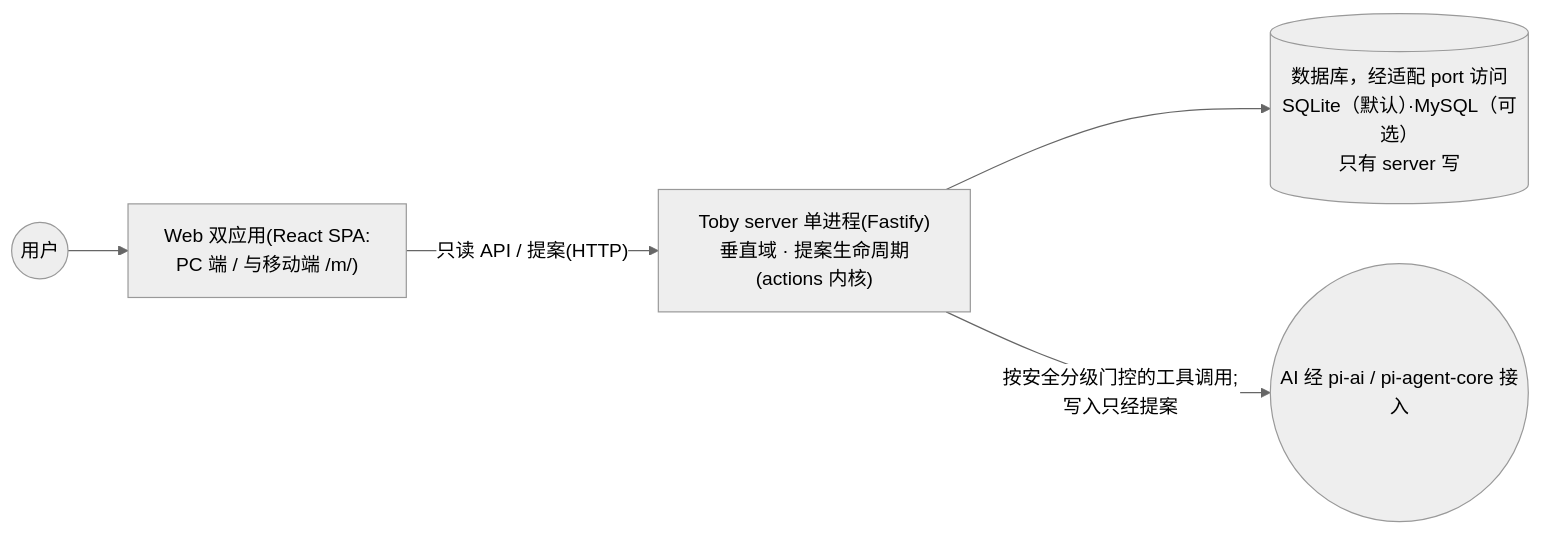
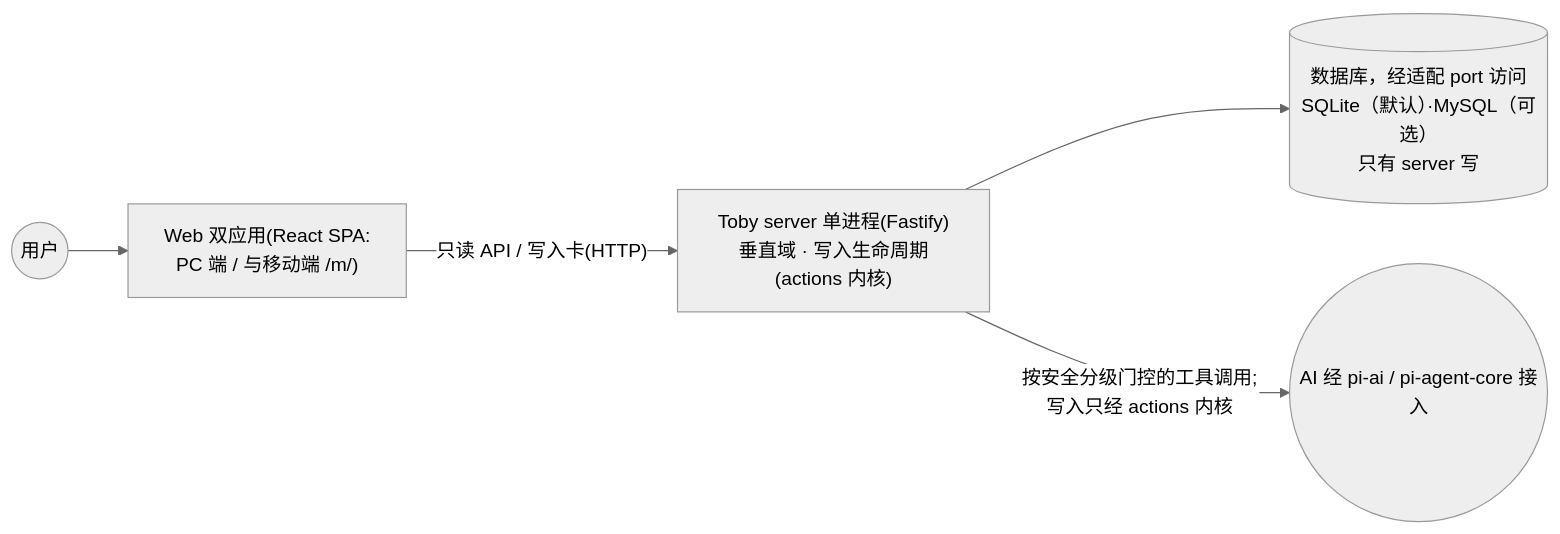
One commit to dengyusys/toby changed the first of 3 diagrams in docs/system-overview.zh.md. Above: the diagram before and after it, drawn with Mermaid (neutral theme). The commit also changed other lines of this file and 21 other files, not shown here.

````diff
--- a/docs/system-overview.zh.md
+++ b/docs/system-overview.zh.md
@@ -23,7 +23,7 @@
 ```mermaid
 flowchart LR
     U(("用户")) --> W["Web 双应用(React SPA:<br/>PC 端 / 与移动端 /m/)"]
-    W -->|"只读 API / 提案(HTTP)"| S["Toby server 单进程(Fastify)<br/>垂直域 · 提案生命周期(actions 内核)"]
+    W -->|"只读 API / 写入卡(HTTP)"| S["Toby server 单进程(Fastify)<br/>垂直域 · 写入生命周期(actions 内核)"]
     S --> DB[("数据库，经适配 port 访问<br/>SQLite（默认）·MySQL（可选）<br/>只有 server 写")]
-    S -->|"按安全分级门控的工具调用;写入只经提案"| AI(("AI 经 pi-ai / pi-agent-core 接入"))
+    S -->|"按安全分级门控的工具调用;写入只经 actions 内核"| AI(("AI 经 pi-ai / pi-agent-core 接入"))
 ```
````
